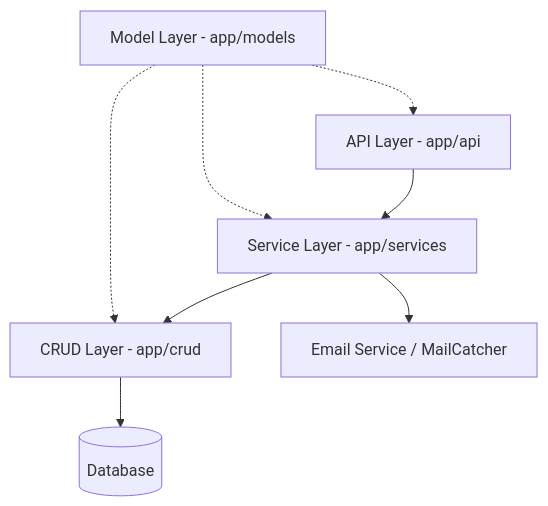
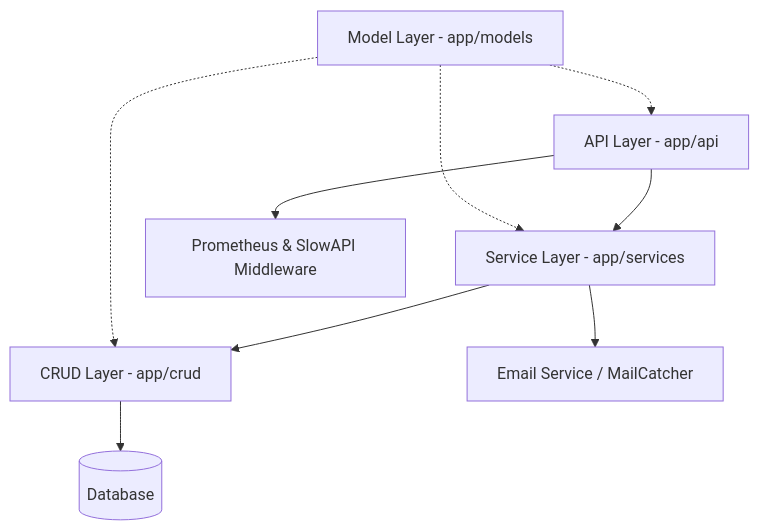
One commit to mobitrendz/fastapi-backend-template changed the diagram in docs/architecture.md. Above: the diagram before and after it, drawn with Mermaid. The commit also changed other lines of this file and 6 other files, not shown here.

Commit message:
Refactor documentation: enhance architecture details, add CI/CD pipeline section, and improve observability content

````diff
--- a/docs/architecture.md
+++ b/docs/architecture.md
@@ -11,10 +11,11 @@
-``` mermaid
+```mermaid
 graph TD
     API[API Layer - app/api] --> Services[Service Layer - app/services]
     Services --> CRUD[CRUD Layer - app/crud]
     CRUD --> DB[(Database)]
     Services --> Email[Email Service / MailCatcher]
+    API --> Middleware[Prometheus & SlowAPI Middleware]
     Models[Model Layer - app/models] -.-> API
     Models -.-> Services
     Models -.-> CRUD
 ```
````
